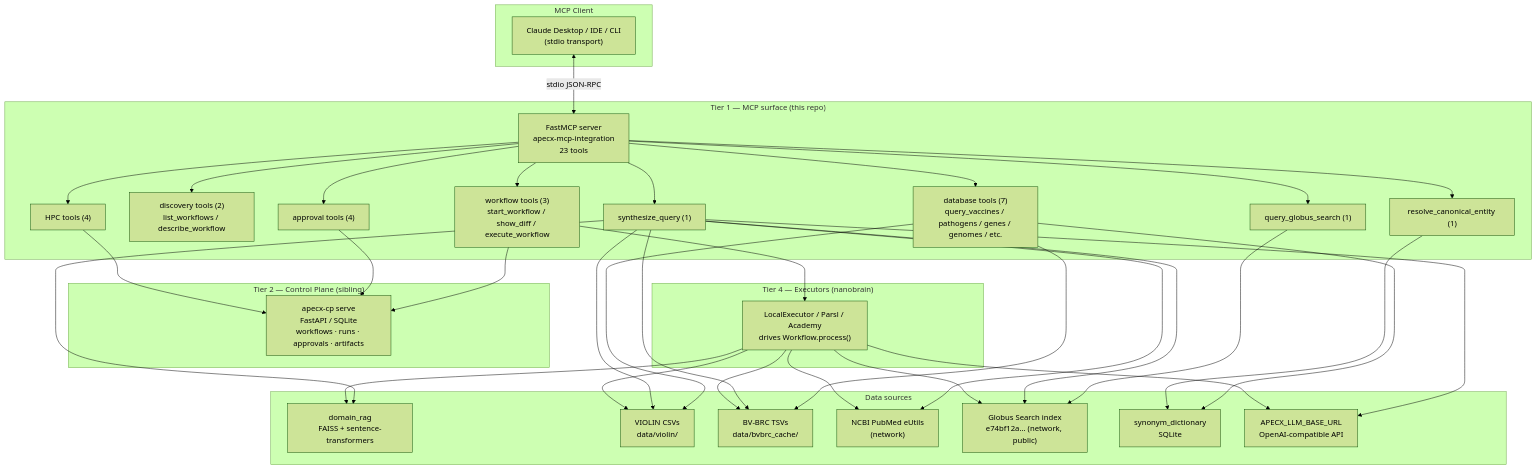
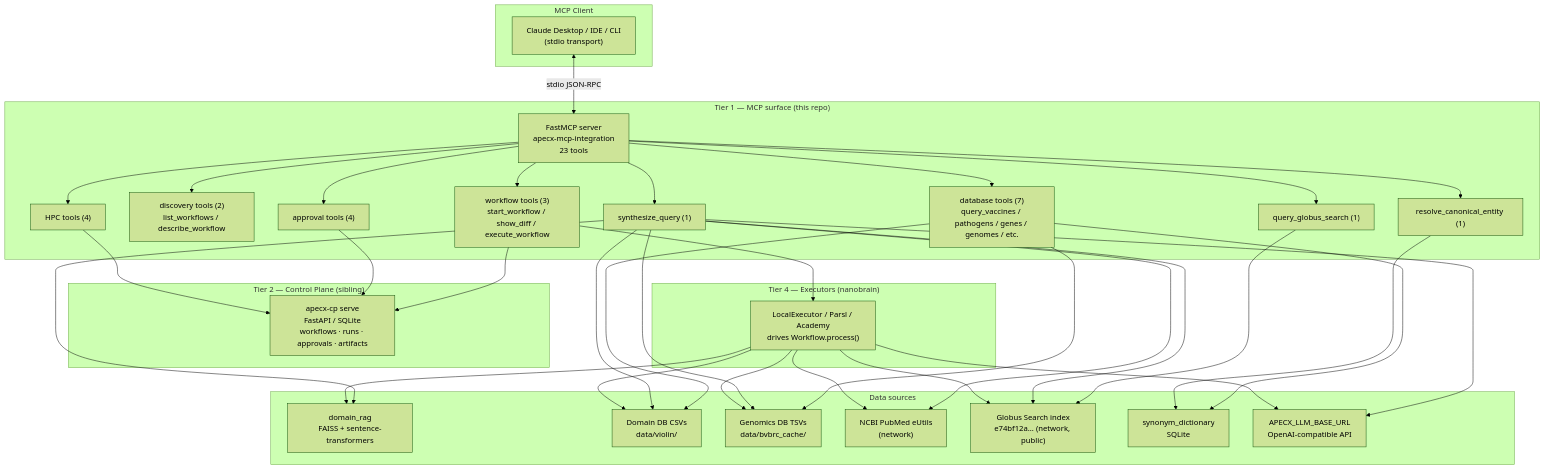
One commit to AlexandrNP/apecx-mcp-integration changed the first of 8 diagrams in docs/architecture.md. Above: the diagram before and after it, drawn with Mermaid (forest theme). The commit also changed other lines of this file and 29 other files, not shown here.

````diff
--- a/docs/architecture.md
+++ b/docs/architecture.md
@@ -33,50 +48,50 @@
 ```mermaid
 flowchart TB
     subgraph Client["MCP Client"]
         CD["Claude Desktop / IDE / CLI<br/>(stdio transport)"]
     end
 
     subgraph Tier1["Tier 1 — MCP surface (this repo)"]
         SRV["FastMCP server<br/>apecx-mcp-integration<br/>23 tools"]
         ToolsW["workflow tools (3)<br/>start_workflow / show_diff / execute_workflow"]
         ToolsD["discovery tools (2)<br/>list_workflows / describe_workflow"]
         ToolsDB["database tools (7)<br/>query_vaccines / pathogens / genes / genomes / etc."]
         ToolsCE["resolve_canonical_entity (1)"]
         ToolsSy["synthesize_query (1)"]
         ToolsGS["query_globus_search (1)"]
         ToolsAp["approval tools (4)"]
         ToolsHpc["HPC tools (4)"]
     end
 
     subgraph Tier2["Tier 2 — Control Plane (sibling)"]
         CP["apecx-cp serve<br/>FastAPI / SQLite<br/>workflows · runs · approvals · artifacts"]
     end
 
     subgraph Tier4["Tier 4 — Executors (nanobrain)"]
         Exec["LocalExecutor / Parsl / Academy<br/>drives Workflow.process()"]
     end
 
     subgraph Data["Data sources"]
         FAISS["domain_rag<br/>FAISS + sentence-transformers"]
-        VIOLIN["VIOLIN CSVs<br/>data/violin/"]
-        BVBRC["BV-BRC TSVs<br/>data/bvbrc_cache/"]
+        DOMAINDB["Domain DB CSVs<br/>data/violin/"]
+        GENOMICSDB["Genomics DB TSVs<br/>data/bvbrc_cache/"]
         PUBMED["NCBI PubMed eUtils<br/>(network)"]
         GLOBUS["Globus Search index<br/>e74bf12a... (network, public)"]
         DICT["synonym_dictionary<br/>SQLite"]
         LLM["APECX_LLM_BASE_URL<br/>OpenAI-compatible API"]
     end
 
     CD <-- "stdio JSON-RPC" --> SRV
     SRV --> ToolsW & ToolsD & ToolsDB & ToolsCE & ToolsSy & ToolsGS & ToolsAp & ToolsHpc
     ToolsW --> CP
     ToolsAp --> CP
     ToolsHpc --> CP
     ToolsW --> Exec
-    ToolsDB --> VIOLIN
-    ToolsDB --> BVBRC
+    ToolsDB --> DOMAINDB
+    ToolsDB --> GENOMICSDB
     ToolsDB --> DICT
     ToolsCE --> DICT
     ToolsGS --> GLOBUS
-    ToolsSy --> FAISS & VIOLIN & BVBRC & PUBMED & GLOBUS & LLM
-    Exec --> FAISS & VIOLIN & BVBRC & PUBMED & GLOBUS & LLM
+    ToolsSy --> FAISS & DOMAINDB & GENOMICSDB & PUBMED & GLOBUS & LLM
+    Exec --> FAISS & DOMAINDB & GENOMICSDB & PUBMED & GLOBUS & LLM
 ```
````
